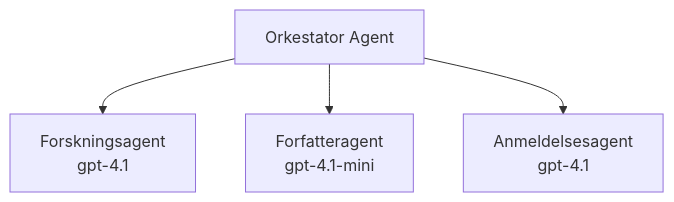
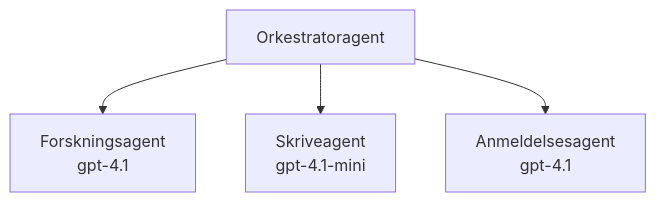
One commit to microsoft/AZD-for-beginners changed the third of 3 diagrams in translations/no/docs/chapter-02-ai-development/agents.md. Above: the diagram before and after it, drawn with Mermaid. The commit also changed other lines of this file and 101 other files, not shown here.

````diff
--- a/translations/no/docs/chapter-02-ai-development/agents.md
+++ b/translations/no/docs/chapter-02-ai-development/agents.md
@@ -189,6 +194,6 @@
 ```mermaid
 graph TD
-    Orchestrator[Orkestator Agent] --> Research[Forskningsagent<br/>gpt-4.1]
-    Orchestrator --> Writer[Forfatteragent<br/>gpt-4.1-mini]
+    Orchestrator[Orkestratoragent] --> Research[Forskningsagent<br/>gpt-4.1]
+    Orchestrator --> Writer[Skriveagent<br/>gpt-4.1-mini]
     Orchestrator --> Reviewer[Anmeldelsesagent<br/>gpt-4.1]
 ```
````
